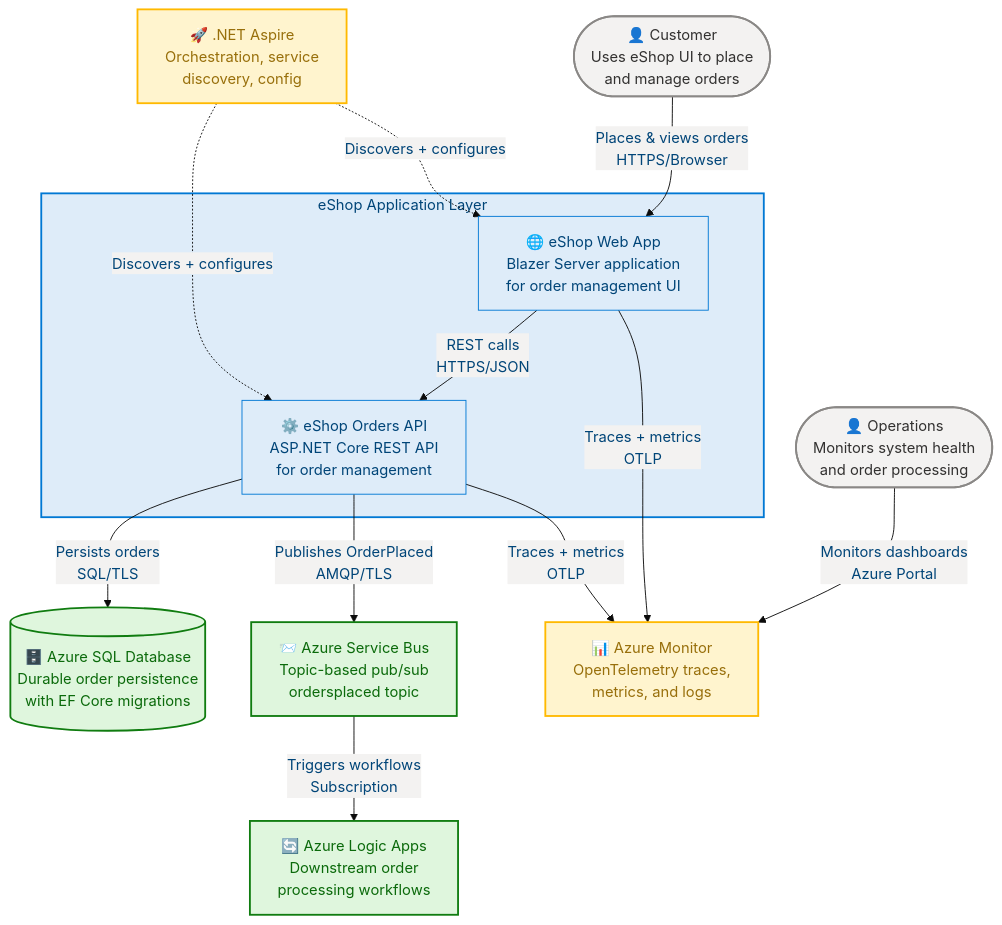
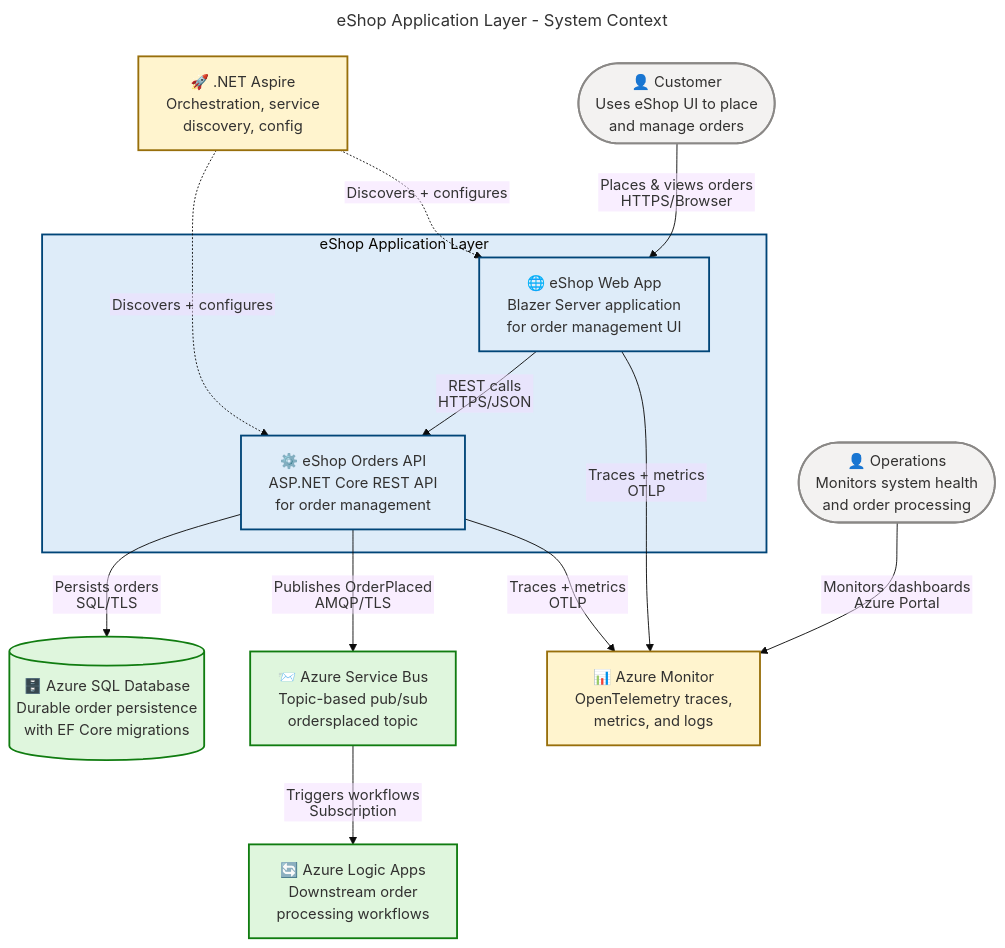
Before and after one commit to Evilazaro/Azure-LogicApps-Monitoring: the first of 9 diagrams in docs/architecture/Application-Layer-Architecture.md, drawn with Mermaid. The commit also changed other lines of this file, not shown here.

Commit message:
docs: enhance clarity and accessibility in Application Layer architecture diagrams

````diff
--- a/docs/architecture/Application-Layer-Architecture.md
+++ b/docs/architecture/Application-Layer-Architecture.md
@@ -67,49 +67,56 @@
 ```mermaid
 ---
+title: "eShop Application Layer - System Context"
 config:
   theme: base
   themeVariables:
-    primaryColor: '#DEECF9'
-    primaryBorderColor: '#0078D4'
-    primaryTextColor: '#004578'
-    secondaryColor: '#F3F2F1'
-    tertiaryColor: '#FFF4CE'
+    fontSize: '16px'
+  flowchart:
+    htmlLabels: false
 ---
 flowchart TD
     accTitle: eShop Application Layer C4 System Context Diagram
     accDescr: Shows the external users and systems interacting with the eShop application layer including the Web App and Orders API
+
+    %% ═══════════════════════════════════════════════════════════════════════════
+    %% AZURE / FLUENT ARCHITECTURE PATTERN v1.1
+    %% (Semantic + Structural + Font + Accessibility Governance)
+    %% ═══════════════════════════════════════════════════════════════════════════
 
     customer(["👤 Customer\nUses eShop UI to place\nand manage orders"])
     ops(["👤 Operations\nMonitors system health\nand order processing"])
 
     subgraph appLayer["eShop Application Layer"]
         webApp["🌐 eShop Web App\nBlazer Server application\nfor order management UI"]
         ordersApi["⚙️ eShop Orders API\nASP.NET Core REST API\nfor order management"]
     end
 
     azureSql[("🗄️ Azure SQL Database\nDurable order persistence\nwith EF Core migrations")]
     serviceBus["📨 Azure Service Bus\nTopic-based pub/sub\nordersplaced topic"]
     logicApps["🔄 Azure Logic Apps\nDownstream order\nprocessing workflows"]
     azureMonitor["📊 Azure Monitor\nOpenTelemetry traces,\nmetrics, and logs"]
     aspire["🚀 .NET Aspire\nOrchestration, service\ndiscovery, config"]
 
     customer -->|"Places & views orders\nHTTPS/Browser"| webApp
     ops -->|"Monitors dashboards\nAzure Portal"| azureMonitor
     webApp -->|"REST calls\nHTTPS/JSON"| ordersApi
     ordersApi -->|"Persists orders\nSQL/TLS"| azureSql
     ordersApi -->|"Publishes OrderPlaced\nAMQP/TLS"| serviceBus
     serviceBus -->|"Triggers workflows\nSubscription"| logicApps
     webApp -->|"Traces + metrics\nOTLP"| azureMonitor
     ordersApi -->|"Traces + metrics\nOTLP"| azureMonitor
     aspire -.->|"Discovers + configures"| webApp
     aspire -.->|"Discovers + configures"| ordersApi
 
-    style appLayer fill:#DEECF9,stroke:#0078D4,stroke-width:2px,color:#004578
-    style azureSql fill:#DFF6DD,stroke:#107C10,stroke-width:2px,color:#0B6A0B
-    style serviceBus fill:#DFF6DD,stroke:#107C10,stroke-width:2px,color:#0B6A0B
-    style logicApps fill:#DFF6DD,stroke:#107C10,stroke-width:2px,color:#0B6A0B
-    style azureMonitor fill:#FFF4CE,stroke:#FFB900,stroke-width:2px,color:#986F0B
-    style aspire fill:#FFF4CE,stroke:#FFB900,stroke-width:2px,color:#986F0B
-    style customer fill:#F3F2F1,stroke:#8A8886,stroke-width:2px,color:#323130
-    style ops fill:#F3F2F1,stroke:#8A8886,stroke-width:2px,color:#323130
+    classDef azureBlue fill:#DEECF9,stroke:#004578,stroke-width:2px,color:#323130
+    classDef successGreen fill:#DFF6DD,stroke:#107C10,stroke-width:2px,color:#323130
+    classDef warningYellow fill:#FFF4CE,stroke:#986F0B,stroke-width:2px,color:#323130
+    classDef neutralGrey fill:#F3F2F1,stroke:#8A8886,stroke-width:2px,color:#323130
+
+    class webApp,ordersApi azureBlue
+    class azureSql,serviceBus,logicApps successGreen
+    class azureMonitor,aspire warningYellow
+    class customer,ops neutralGrey
+
+    style appLayer fill:#DEECF9,stroke:#004578,stroke-width:2px,color:#323130
 ```
````
